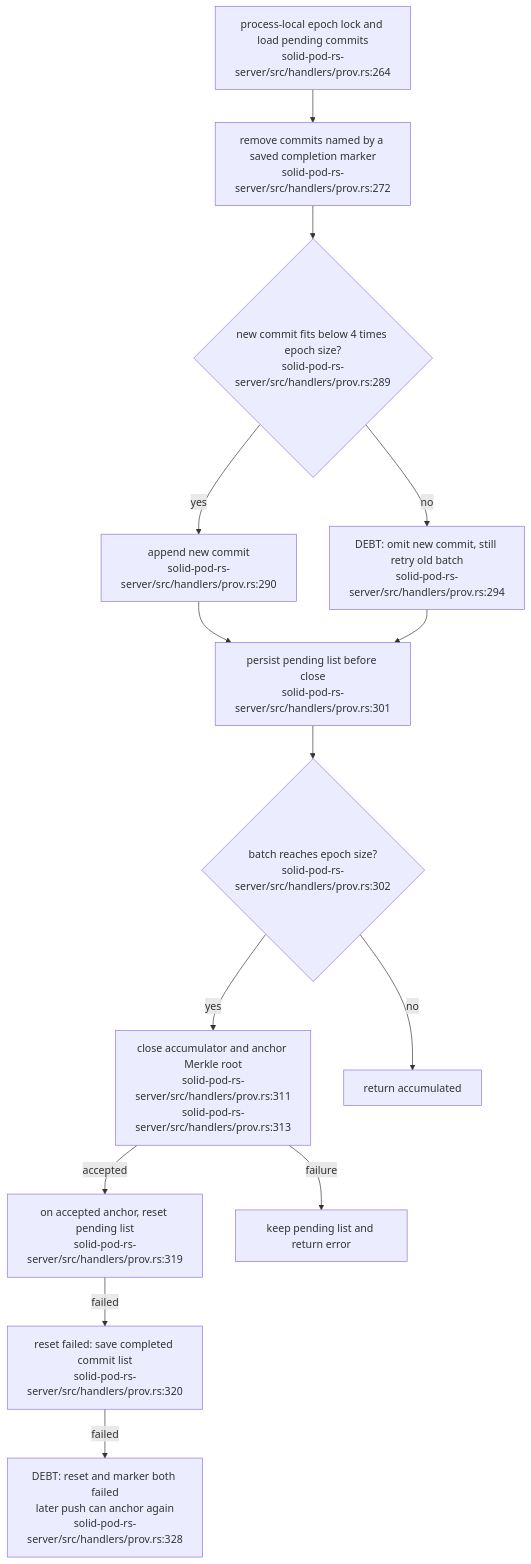
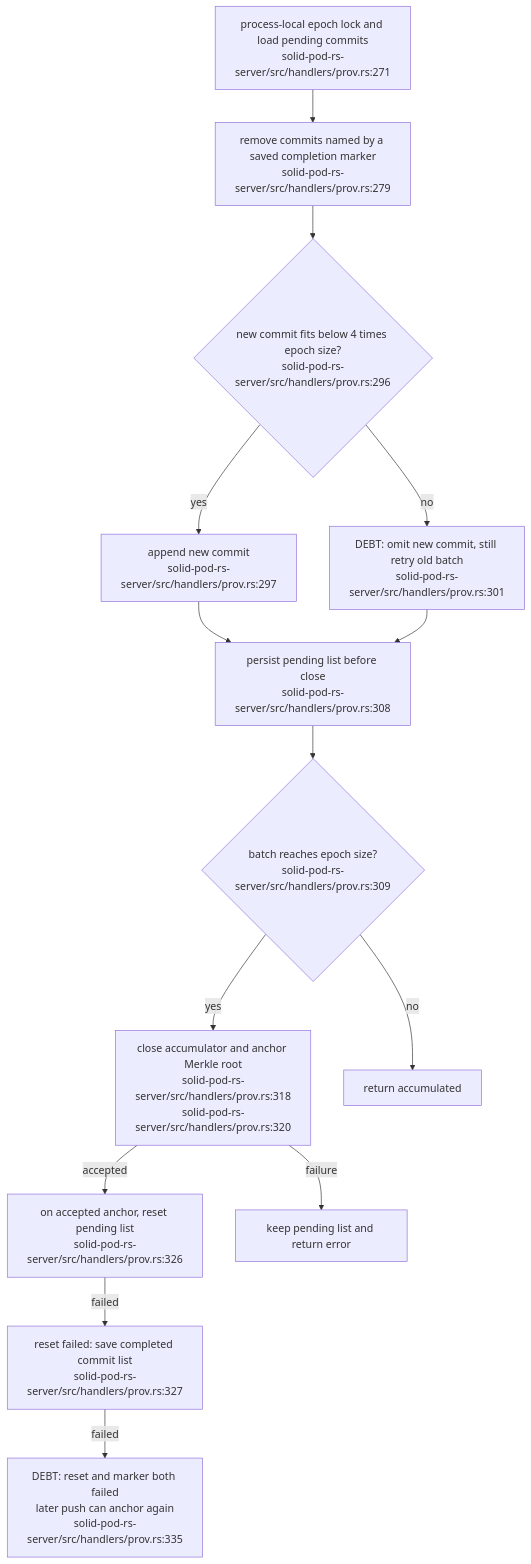
The seventh of 19 diagrams in docs/diagrams/solid-pod-rs/07-provenance-and-payments.md (DreamLab-AI/VisionFlow), drawn with Mermaid before and after one commit. The commit also changed other lines of this file and 2 other files, not shown here.

First line of the commit message:
docs(diagrams): SP-07, SP-10, SP-15 re-verified at solid-pod-rs a28a748

````diff
--- a/docs/diagrams/solid-pod-rs/07-provenance-and-payments.md
+++ b/docs/diagrams/solid-pod-rs/07-provenance-and-payments.md
@@ -209,24 +211,24 @@
 ```mermaid
 flowchart TD
-    LOCK["process-local epoch lock and load pending commits<br/>solid-pod-rs-server/src/handlers/prov.rs:264"]
-    DONE["remove commits named by a saved completion marker<br/>solid-pod-rs-server/src/handlers/prov.rs:272"]
-    CAP{"new commit fits below 4 times epoch size?<br/>solid-pod-rs-server/src/handlers/prov.rs:289"}
-    ADD["append new commit<br/>solid-pod-rs-server/src/handlers/prov.rs:290"]
-    DROP["DEBT: omit new commit, still retry old batch<br/>solid-pod-rs-server/src/handlers/prov.rs:294"]
-    SAVE["persist pending list before close<br/>solid-pod-rs-server/src/handlers/prov.rs:301"]
-    FULL{"batch reaches epoch size?<br/>solid-pod-rs-server/src/handlers/prov.rs:302"}
-    ROOT["close accumulator and anchor Merkle root<br/>solid-pod-rs-server/src/handlers/prov.rs:311<br/>solid-pod-rs-server/src/handlers/prov.rs:313"]
-    RESET["on accepted anchor, reset pending list<br/>solid-pod-rs-server/src/handlers/prov.rs:319"]
-    MARK["reset failed: save completed commit list<br/>solid-pod-rs-server/src/handlers/prov.rs:320"]
-    FAIL["DEBT: reset and marker both failed<br/>later push can anchor again<br/>solid-pod-rs-server/src/handlers/prov.rs:328"]
+    LOCK["process-local epoch lock and load pending commits<br/>solid-pod-rs-server/src/handlers/prov.rs:271"]
+    DONE["remove commits named by a saved completion marker<br/>solid-pod-rs-server/src/handlers/prov.rs:279"]
+    CAP{"new commit fits below 4 times epoch size?<br/>solid-pod-rs-server/src/handlers/prov.rs:296"}
+    ADD["append new commit<br/>solid-pod-rs-server/src/handlers/prov.rs:297"]
+    DROP["DEBT: omit new commit, still retry old batch<br/>solid-pod-rs-server/src/handlers/prov.rs:301"]
+    SAVE["persist pending list before close<br/>solid-pod-rs-server/src/handlers/prov.rs:308"]
+    FULL{"batch reaches epoch size?<br/>solid-pod-rs-server/src/handlers/prov.rs:309"}
+    ROOT["close accumulator and anchor Merkle root<br/>solid-pod-rs-server/src/handlers/prov.rs:318<br/>solid-pod-rs-server/src/handlers/prov.rs:320"]
+    RESET["on accepted anchor, reset pending list<br/>solid-pod-rs-server/src/handlers/prov.rs:326"]
+    MARK["reset failed: save completed commit list<br/>solid-pod-rs-server/src/handlers/prov.rs:327"]
+    FAIL["DEBT: reset and marker both failed<br/>later push can anchor again<br/>solid-pod-rs-server/src/handlers/prov.rs:335"]
     LOCK --> DONE --> CAP
     CAP -- yes --> ADD --> SAVE
     CAP -- no --> DROP --> SAVE
     SAVE --> FULL
     FULL -- no --> WAIT["return accumulated"]
     FULL -- yes --> ROOT
     ROOT -- failure --> KEEP["keep pending list and return error"]
     ROOT -- accepted --> RESET
     RESET -- failed --> MARK
     MARK -- failed --> FAIL
 ```
````
